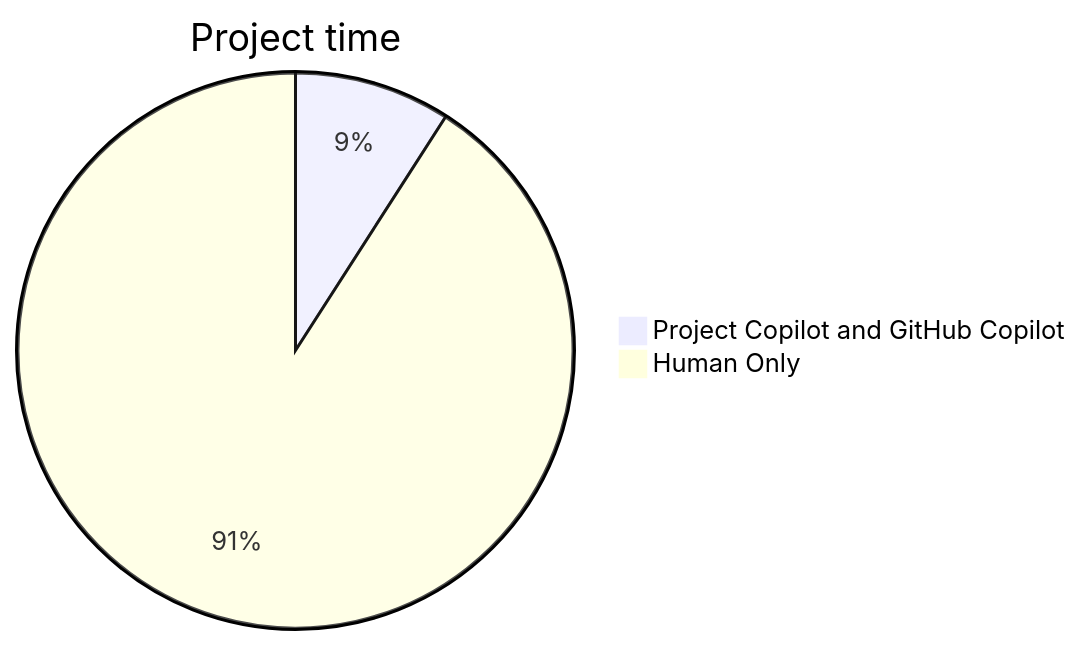
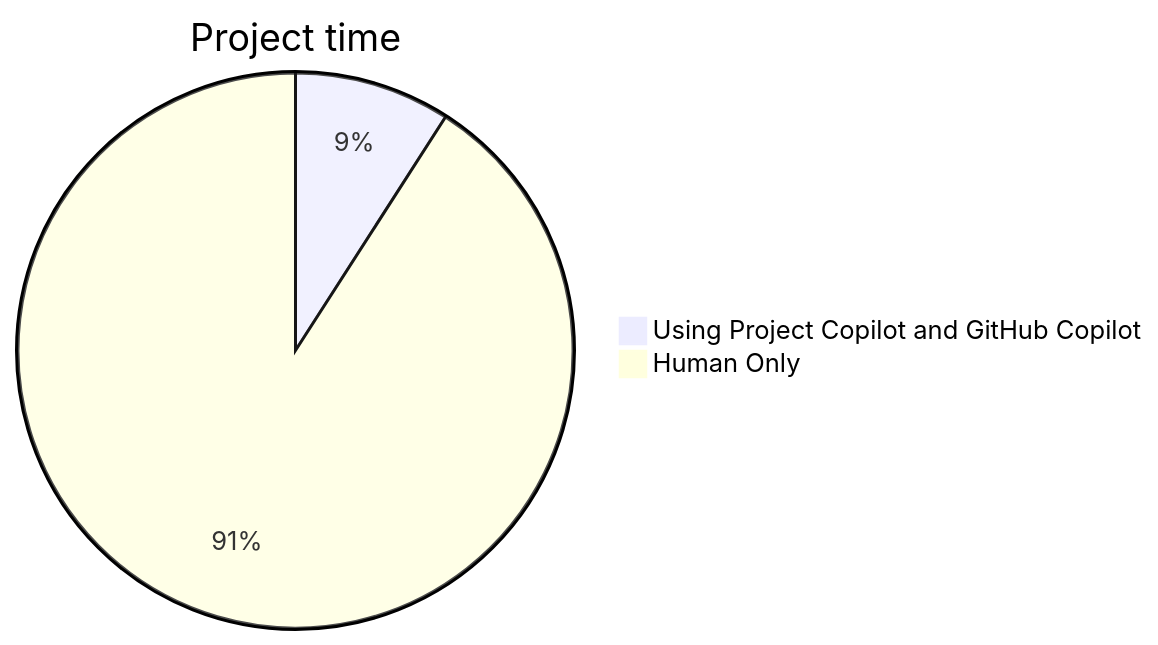
The diagram in step5-analysis-report/README.md (project-copilot/fit), drawn with Mermaid before and after one commit. The commit also changed other lines of this file, not shown here.

````diff
--- a/step5-analysis-report/README.md
+++ b/step5-analysis-report/README.md
@@ -7,5 +26,5 @@
 ```mermaid
 pie title Project time
-    "Project Copilot and GitHub Copilot" : 1
+    "Using Project Copilot and GitHub Copilot" : 1
     "Human Only" : 10
 ```
````
